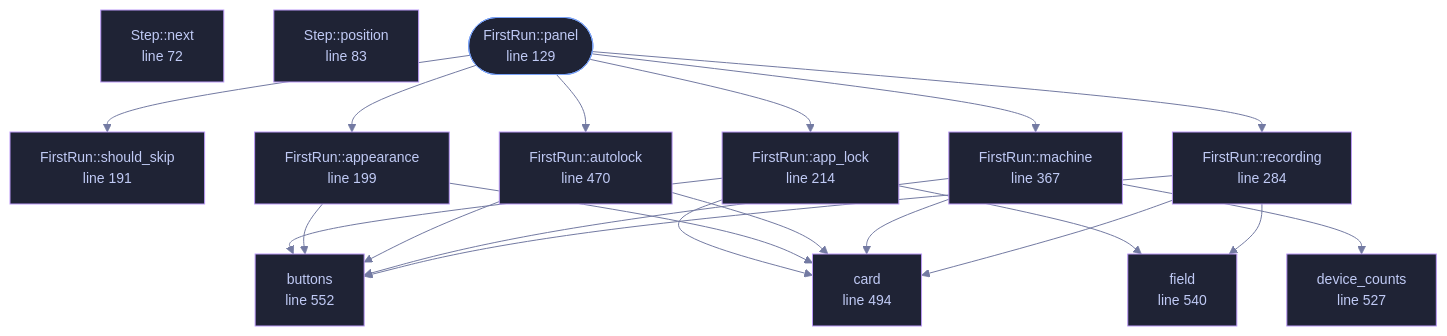
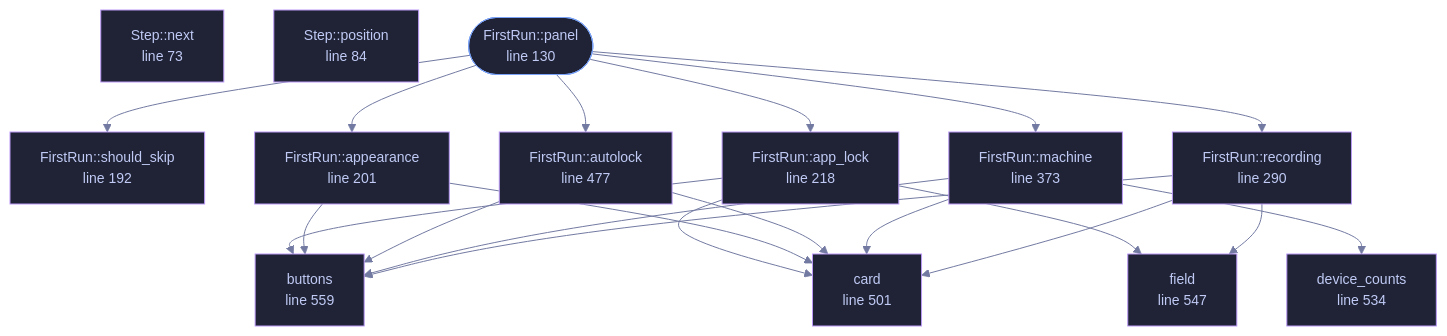
The diagram in wiki/File-veilvoice-gui-firstrun.md (tilas01/veilvoice), drawn with Mermaid before and after one commit. The commit also changed other lines of this file and 57 other files, not shown here.

First line of the commit message:
Document the app lock, the policy, the guard and the window's panels

````diff
--- a/wiki/File-veilvoice-gui-firstrun.md
+++ b/wiki/File-veilvoice-gui-firstrun.md
@@ -84,53 +84,53 @@
 ```mermaid
 %%{init: {"theme":"base","themeVariables":{"background":"#1a1b26","primaryColor":"#1f2335","primaryTextColor":"#c0caf5","primaryBorderColor":"#7aa2f7","secondaryColor":"#16161e","tertiaryColor":"#16161e","lineColor":"#737aa2","textColor":"#c0caf5","mainBkg":"#1f2335","nodeBorder":"#7aa2f7","clusterBkg":"#16161e","clusterBorder":"#2f3549","fontFamily":"ui-monospace, SFMono-Regular, Consolas, monospace","fontSize":"14px"}}}%%
 flowchart TD
-    n_next["Step::next<br/>line 72"]
-    n_position["Step::position<br/>line 83"]
-    n_panel(["FirstRun::panel<br/>line 129"])
-    n_should_skip["FirstRun::should_skip<br/>line 191"]
-    n_appearance["FirstRun::appearance<br/>line 199"]
-    n_app_lock["FirstRun::app_lock<br/>line 214"]
-    n_recording["FirstRun::recording<br/>line 284"]
-    n_machine["FirstRun::machine<br/>line 367"]
-    n_autolock["FirstRun::autolock<br/>line 470"]
-    n_card["card<br/>line 494"]
-    n_device_counts["device_counts<br/>line 527"]
-    n_field["field<br/>line 540"]
-    n_buttons["buttons<br/>line 552"]
+    n_next["Step::next<br/>line 73"]
+    n_position["Step::position<br/>line 84"]
+    n_panel(["FirstRun::panel<br/>line 130"])
+    n_should_skip["FirstRun::should_skip<br/>line 192"]
+    n_appearance["FirstRun::appearance<br/>line 201"]
+    n_app_lock["FirstRun::app_lock<br/>line 218"]
+    n_recording["FirstRun::recording<br/>line 290"]
+    n_machine["FirstRun::machine<br/>line 373"]
+    n_autolock["FirstRun::autolock<br/>line 477"]
+    n_card["card<br/>line 501"]
+    n_device_counts["device_counts<br/>line 534"]
+    n_field["field<br/>line 547"]
+    n_buttons["buttons<br/>line 559"]
     n_app_lock --> n_buttons
     n_app_lock --> n_card
     n_app_lock --> n_field
     n_appearance --> n_buttons
     n_appearance --> n_card
     n_autolock --> n_buttons
     n_autolock --> n_card
     n_machine --> n_buttons
     n_machine --> n_card
     n_machine --> n_device_counts
     n_panel --> n_app_lock
     n_panel --> n_appearance
     n_panel --> n_autolock
     n_panel --> n_machine
     n_panel --> n_recording
     n_panel --> n_should_skip
     n_recording --> n_buttons
     n_recording --> n_card
     n_recording --> n_field
-    click n_next href "https://github.com/tilas01/veilvoice/blob/main/crates/veilvoice-gui/src/firstrun.rs#L72" "open the source"
-    click n_position href "https://github.com/tilas01/veilvoice/blob/main/crates/veilvoice-gui/src/firstrun.rs#L83" "open the source"
-    click n_panel href "https://github.com/tilas01/veilvoice/blob/main/crates/veilvoice-gui/src/firstrun.rs#L129" "open the source"
-    click n_should_skip href "https://github.com/tilas01/veilvoice/blob/main/crates/veilvoice-gui/src/firstrun.rs#L191" "open the source"
-    click n_appearance href "https://github.com/tilas01/veilvoice/blob/main/crates/veilvoice-gui/src/firstrun.rs#L199" "open the source"
-    click n_app_lock href "https://github.com/tilas01/veilvoice/blob/main/crates/veilvoice-gui/src/firstrun.rs#L214" "open the source"
-    click n_recording href "https://github.com/tilas01/veilvoice/blob/main/crates/veilvoice-gui/src/firstrun.rs#L284" "open the source"
-    click n_machine href "https://github.com/tilas01/veilvoice/blob/main/crates/veilvoice-gui/src/firstrun.rs#L367" "open the source"
-    click n_autolock href "https://github.com/tilas01/veilvoice/blob/main/crates/veilvoice-gui/src/firstrun.rs#L470" "open the source"
-    click n_card href "https://github.com/tilas01/veilvoice/blob/main/crates/veilvoice-gui/src/firstrun.rs#L494" "open the source"
-    click n_device_counts href "https://github.com/tilas01/veilvoice/blob/main/crates/veilvoice-gui/src/firstrun.rs#L527" "open the source"
-    click n_field href "https://github.com/tilas01/veilvoice/blob/main/crates/veilvoice-gui/src/firstrun.rs#L540" "open the source"
-    click n_buttons href "https://github.com/tilas01/veilvoice/blob/main/crates/veilvoice-gui/src/firstrun.rs#L552" "open the source"
+    click n_next href "https://github.com/tilas01/veilvoice/blob/main/crates/veilvoice-gui/src/firstrun.rs#L73" "open the source"
+    click n_position href "https://github.com/tilas01/veilvoice/blob/main/crates/veilvoice-gui/src/firstrun.rs#L84" "open the source"
+    click n_panel href "https://github.com/tilas01/veilvoice/blob/main/crates/veilvoice-gui/src/firstrun.rs#L130" "open the source"
+    click n_should_skip href "https://github.com/tilas01/veilvoice/blob/main/crates/veilvoice-gui/src/firstrun.rs#L192" "open the source"
+    click n_appearance href "https://github.com/tilas01/veilvoice/blob/main/crates/veilvoice-gui/src/firstrun.rs#L201" "open the source"
+    click n_app_lock href "https://github.com/tilas01/veilvoice/blob/main/crates/veilvoice-gui/src/firstrun.rs#L218" "open the source"
+    click n_recording href "https://github.com/tilas01/veilvoice/blob/main/crates/veilvoice-gui/src/firstrun.rs#L290" "open the source"
+    click n_machine href "https://github.com/tilas01/veilvoice/blob/main/crates/veilvoice-gui/src/firstrun.rs#L373" "open the source"
+    click n_autolock href "https://github.com/tilas01/veilvoice/blob/main/crates/veilvoice-gui/src/firstrun.rs#L477" "open the source"
+    click n_card href "https://github.com/tilas01/veilvoice/blob/main/crates/veilvoice-gui/src/firstrun.rs#L501" "open the source"
+    click n_device_counts href "https://github.com/tilas01/veilvoice/blob/main/crates/veilvoice-gui/src/firstrun.rs#L534" "open the source"
+    click n_field href "https://github.com/tilas01/veilvoice/blob/main/crates/veilvoice-gui/src/firstrun.rs#L547" "open the source"
+    click n_buttons href "https://github.com/tilas01/veilvoice/blob/main/crates/veilvoice-gui/src/firstrun.rs#L559" "open the source"
     classDef entry fill:#1f2335,stroke:#7aa2f7,color:#c0caf5
     class n_panel entry
     classDef helper fill:#1f2335,stroke:#bb9af7,color:#c0caf5
     class n_next,n_position,n_should_skip,n_appearance,n_app_lock,n_recording,n_machine,n_autolock,n_card,n_device_counts,n_field,n_buttons helper
 ```
````
